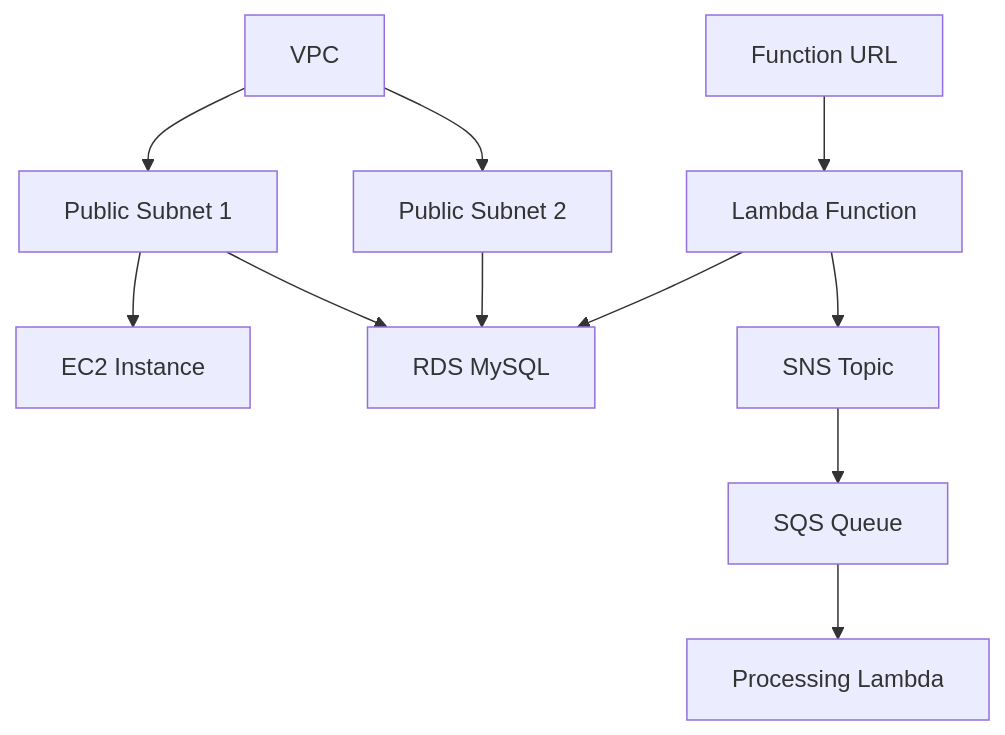
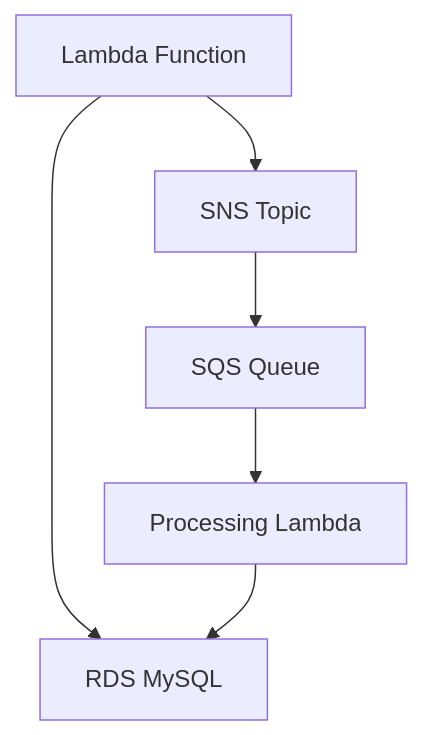
One commit to gokstadakademiet/cloud-2025 changed the second of 2 diagrams in uke_5/md/veiledet-oppgave/aws_2.md. Above: the diagram before and after it, drawn with Mermaid. The commit also changed other lines of this file and 8 other files, not shown here.

````diff
--- a/uke_5/md/veiledet-oppgave/aws_2.md
+++ b/uke_5/md/veiledet-oppgave/aws_2.md
@@ -275,13 +329,8 @@
 ```mermaid
 graph TD
-    A[VPC] --> B[Public Subnet 1]
-    A --> C[Public Subnet 2]
-    B --> D[EC2 Instance]
-    B --> E[RDS MySQL]
-    C --> E
-    F[Lambda Function] --> E
-    F --> G[SNS Topic]
-    G --> H[SQS Queue]
-    H --> I[Processing Lambda]
-    J[Function URL] --> F
+   A[Lambda Function] --> B[RDS MySQL]
+   A --> C[SNS Topic]
+   C --> D[SQS Queue]
+   D --> E[Processing Lambda]
+   E --> B
 ```
````
